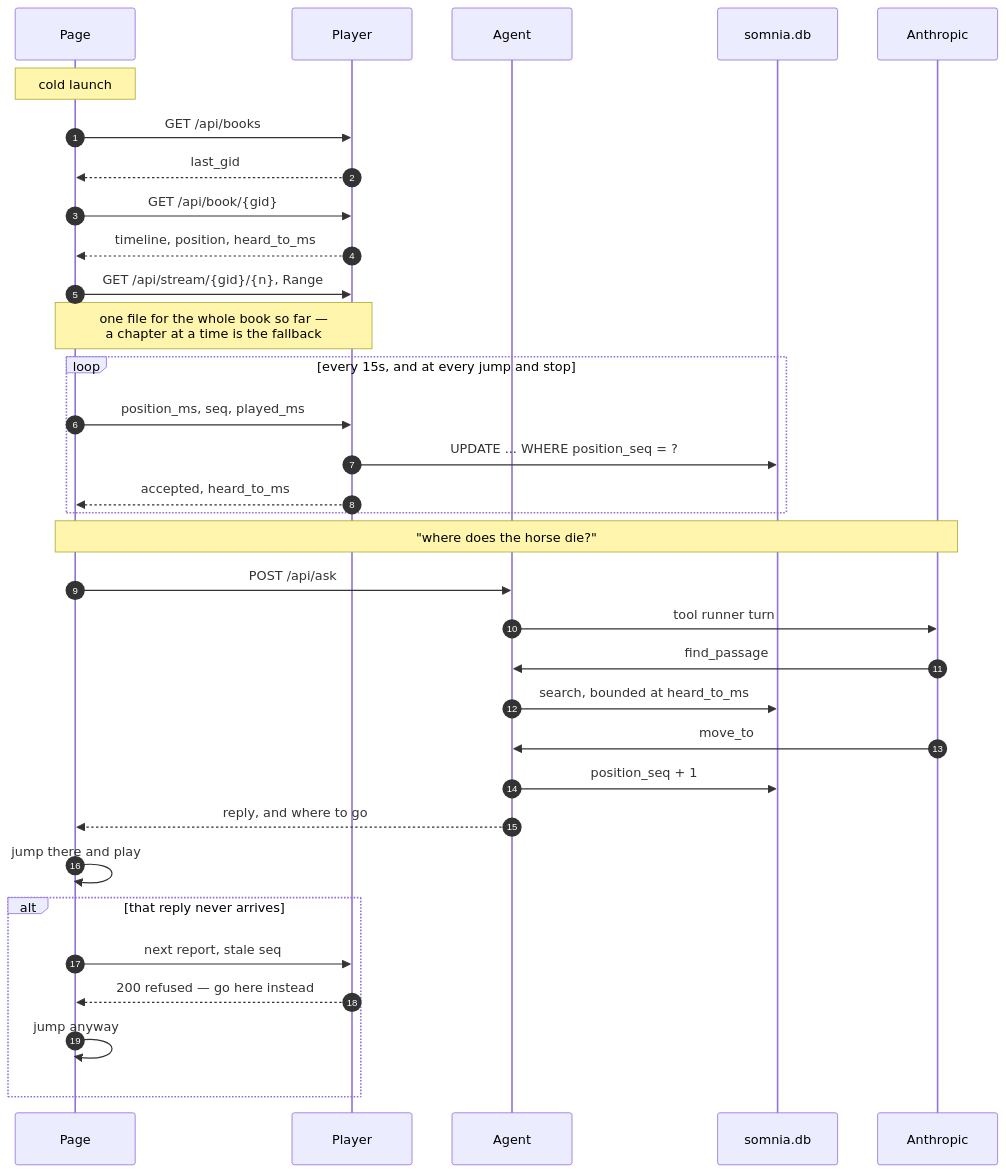
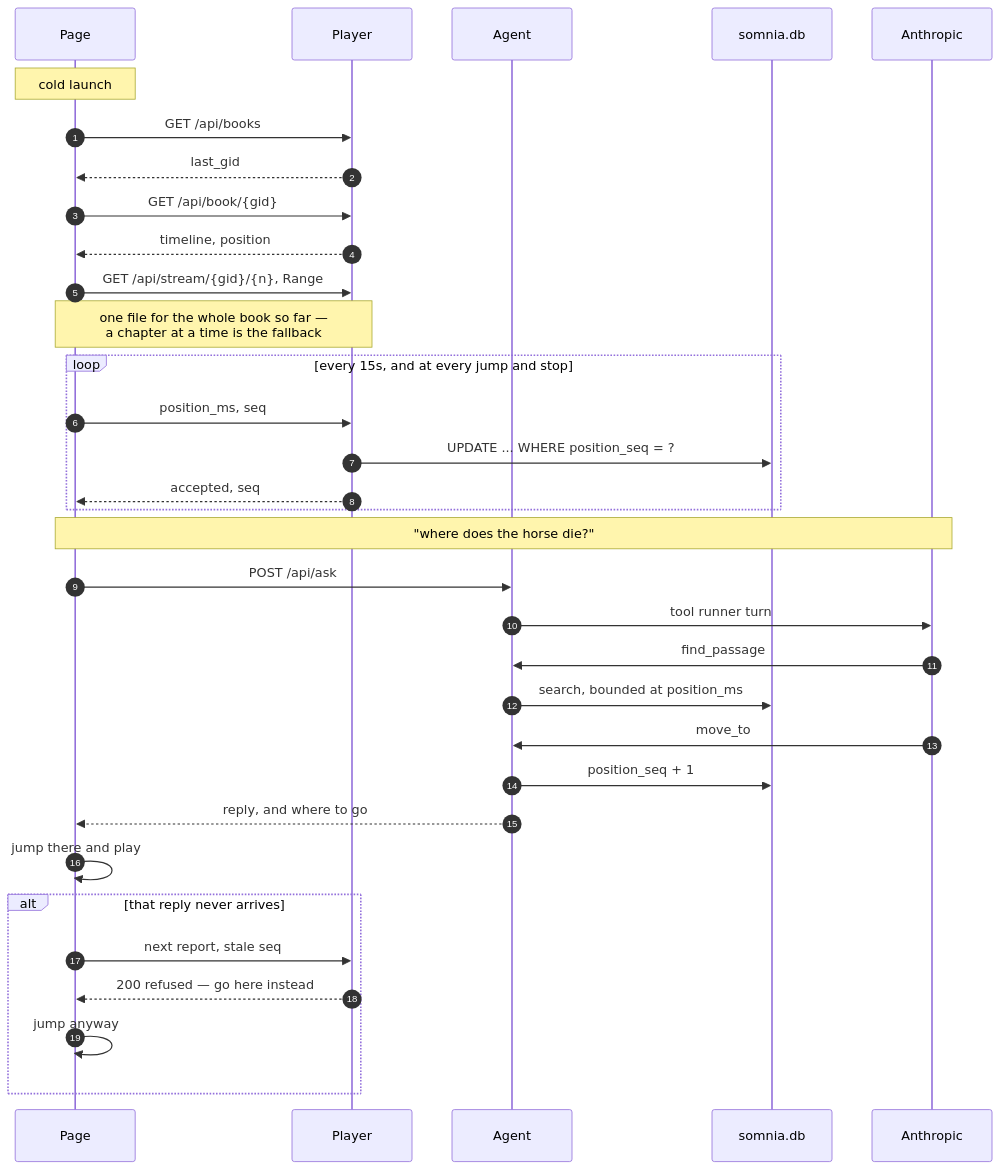
Before and after one commit to gilesknap/somnia: the fourth of 5 diagrams in docs/explanations/architecture.md, drawn with Mermaid. The commit also changed other lines of this file and 23 other files, not shown here.

````diff
--- a/docs/explanations/architecture.md
+++ b/docs/explanations/architecture.md
@@ -270,39 +269,39 @@
 ```mermaid
 sequenceDiagram
   autonumber
   participant P as Page
   participant PL as Player
   participant AG as Agent
   participant DB as somnia.db
   participant AN as Anthropic
 
   Note over P: cold launch
   P->>PL: GET /api/books
   PL-->>P: last_gid
   P->>PL: GET /api/book/{gid}
-  PL-->>P: timeline, position, heard_to_ms
+  PL-->>P: timeline, position
   P->>PL: GET /api/stream/{gid}/{n}, Range
   Note over P,PL: one file for the whole book so far —<br>a chapter at a time is the fallback
 
   loop every 15s, and at every jump and stop
-    P->>PL: position_ms, seq, played_ms
+    P->>PL: position_ms, seq
     PL->>DB: UPDATE ... WHERE position_seq = ?
-    PL-->>P: accepted, heard_to_ms
+    PL-->>P: accepted, seq
   end
 
   Note over P,AN: "where does the horse die?"
   P->>AG: POST /api/ask
   AG->>AN: tool runner turn
   AN->>AG: find_passage
-  AG->>DB: search, bounded at heard_to_ms
+  AG->>DB: search, bounded at position_ms
   AN->>AG: move_to
   AG->>DB: position_seq + 1
   AG-->>P: reply, and where to go
   P->>P: jump there and play
 
   alt that reply never arrives
     P->>PL: next report, stale seq
     PL-->>P: 200 refused — go here instead
     P->>P: jump anyway
   end
 ```
````
